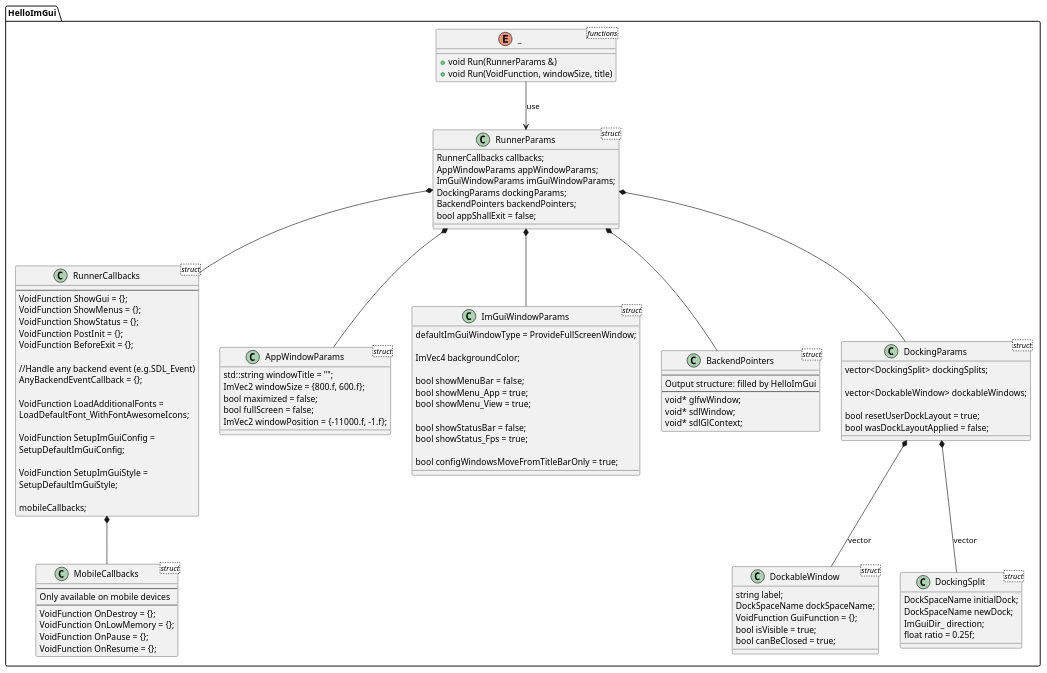
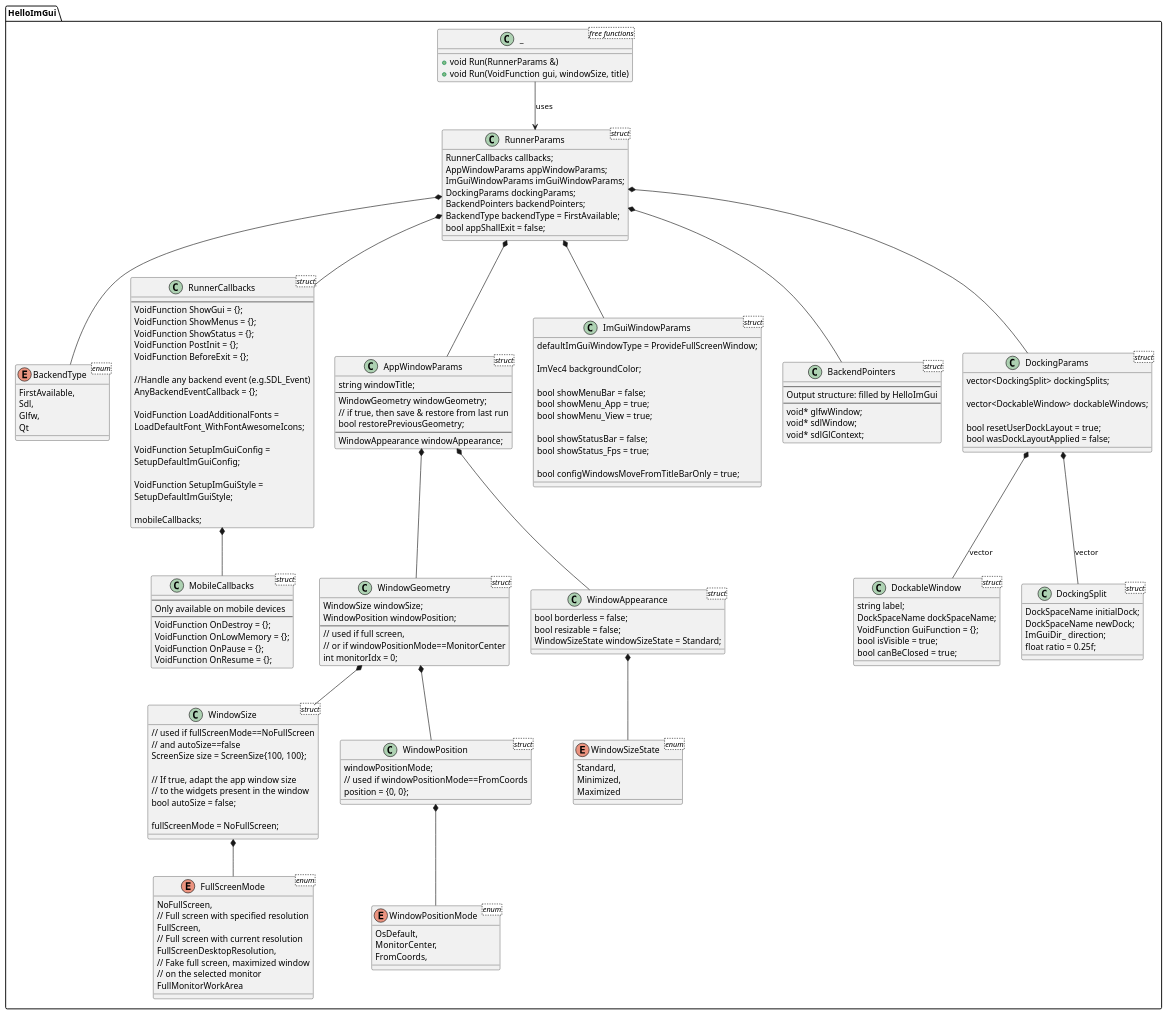
One commit to pthom/hello_imgui changed the diagram in src/hello_imgui/doc_src/hello_imgui_diagram.puml. Above: the diagram before and after it, drawn with PlantUML. The commit also changed 2 other files, not shown here.

```diff
--- a/src/hello_imgui/doc_src/hello_imgui_diagram.puml
+++ b/src/hello_imgui/doc_src/hello_imgui_diagram.puml
@@ -1,120 +1,199 @@
 @startuml
 namespace HelloImGui {
 
-enum _ <functions>{
+class _ <free functions>{
     + void Run(RunnerParams &)
-    + void Run(VoidFunction, windowSize, title)
+    + void Run(VoidFunction gui, windowSize, title)
 }
 
-_ --> RunnerParams: use
+_ --> RunnerParams: uses
+
+enum BackendType <enum>{
+    FirstAvailable,
+    Sdl,
+    Glfw,
+    Qt
+}
 
 class RunnerParams <struct> {
     RunnerCallbacks callbacks;
     AppWindowParams appWindowParams;
     ImGuiWindowParams imGuiWindowParams;
     DockingParams dockingParams;
     BackendPointers backendPointers;
+    BackendType backendType = FirstAvailable;
     bool appShallExit = false;
 }
 
 class RunnerCallbacks <struct> {
     ---
     VoidFunction ShowGui = {};
     VoidFunction ShowMenus = {};
     VoidFunction ShowStatus = {};
     VoidFunction PostInit = {};
     VoidFunction BeforeExit = {};
 
     //Handle any backend event (e.g.SDL_Event)
     AnyBackendEventCallback = {};
 
     VoidFunction LoadAdditionalFonts =
        LoadDefaultFont_WithFontAwesomeIcons;
 
     VoidFunction SetupImGuiConfig = 
       SetupDefaultImGuiConfig;
 
     VoidFunction SetupImGuiStyle = 
       SetupDefaultImGuiStyle;
 
     mobileCallbacks;
 }
 
 class MobileCallbacks <struct>{
     ---
     Only available on mobile devices
     ---
     VoidFunction OnDestroy = {};
     VoidFunction OnLowMemory = {};
     VoidFunction OnPause = {};
     VoidFunction OnResume = {};
 }
 RunnerCallbacks *-- MobileCallbacks
 
-class AppWindowParams <struct> {
-    std::string windowTitle = "";
-    ImVec2 windowSize = {800.f, 600.f};
-    bool maximized = false;
-    bool fullScreen = false;
-    ImVec2 windowPosition = {-11000.f, -1.f};
+enum FullScreenMode <enum>{
+    NoFullScreen,
+    // Full screen with specified resolution
+    FullScreen,
+    // Full screen with current resolution
+    FullScreenDesktopResolution,
+    // Fake full screen, maximized window
+    // on the selected monitor
+    FullMonitorWorkArea
 }
+
+enum WindowSizeState <enum>{
+    Standard,
+    Minimized,
+    Maximized
+}
+
+class WindowSize <struct>{
+    // used if fullScreenMode==NoFullScreen
+    // and autoSize==false
+    ScreenSize size = ScreenSize{100, 100};
+
+    // If true, adapt the app window size
+    // to the widgets present in the window
+    bool autoSize = false;
+
+    fullScreenMode = NoFullScreen;
+}
+
+WindowSize *-- FullScreenMode
+
+enum WindowPositionMode <enum>{
+    OsDefault,
+    MonitorCenter,
+    FromCoords,
+}
+
+class WindowPosition <struct>{
+    windowPositionMode;
+    // used if windowPositionMode==FromCoords
+    position = {0, 0};
+}
+
+WindowPosition *-- WindowPositionMode
+
+class WindowGeometry <struct>{
+    WindowSize windowSize;
+    WindowPosition windowPosition;
+    ---
+    // used if full screen,
+    // or if windowPositionMode==MonitorCenter
+    int monitorIdx = 0;
+}
+
+WindowGeometry *-- WindowPosition
+WindowGeometry *-- WindowSize
+
+class WindowAppearance <struct>{
+    bool borderless = false;
+    bool resizable = false;
+    WindowSizeState windowSizeState = Standard;
+}
+
+WindowAppearance *-- WindowSizeState
+
+class AppWindowParams <struct>{
+    string windowTitle;
+    ---
+    WindowGeometry windowGeometry;
+    // if true, then save & restore from last run
+    bool restorePreviousGeometry;
+    ---
+    WindowAppearance windowAppearance;
+}
+
+AppWindowParams *-- WindowGeometry
+AppWindowParams *-- WindowAppearance
+
 
 class ImGuiWindowParams <struct> {
     defaultImGuiWindowType = ProvideFullScreenWindow;
 
     ImVec4 backgroundColor;
 
     bool showMenuBar = false;
     bool showMenu_App = true;
     bool showMenu_View = true;
 
     bool showStatusBar = false;
     bool showStatus_Fps = true;
 
     bool configWindowsMoveFromTitleBarOnly = true;
 }
 
 class BackendPointers <struct> {
   ---
   Output structure: filled by HelloImGui
   ---
   void* glfwWindow;
   void* sdlWindow;
   void* sdlGlContext;
 }
 
 class DockingParams <struct> {
     vector<DockingSplit> dockingSplits;
 
     vector<DockableWindow> dockableWindows;
 
     bool resetUserDockLayout = true;
     bool wasDockLayoutApplied = false;
 }
 
 class DockableWindow <struct> {
     string label;
     DockSpaceName dockSpaceName;
     VoidFunction GuiFunction = {};
     bool isVisible = true;
     bool canBeClosed = true;
 }
 
 class DockingSplit <struct> {
     DockSpaceName initialDock;
     DockSpaceName newDock;
     ImGuiDir_ direction;
     float ratio = 0.25f;
 }
 
-
+RunnerParams *-- BackendType
 RunnerParams *-- RunnerCallbacks
 RunnerParams *-- AppWindowParams
 RunnerParams *-- ImGuiWindowParams
 RunnerParams *-- BackendPointers
 RunnerParams *-- DockingParams
 DockingParams *-- DockableWindow : vector
 DockingParams *-- DockingSplit : vector
 
 }
 @enduml
```
